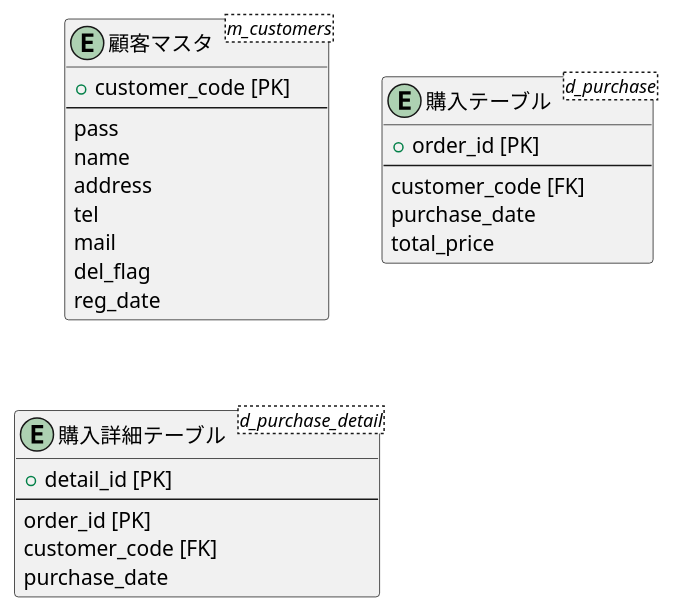
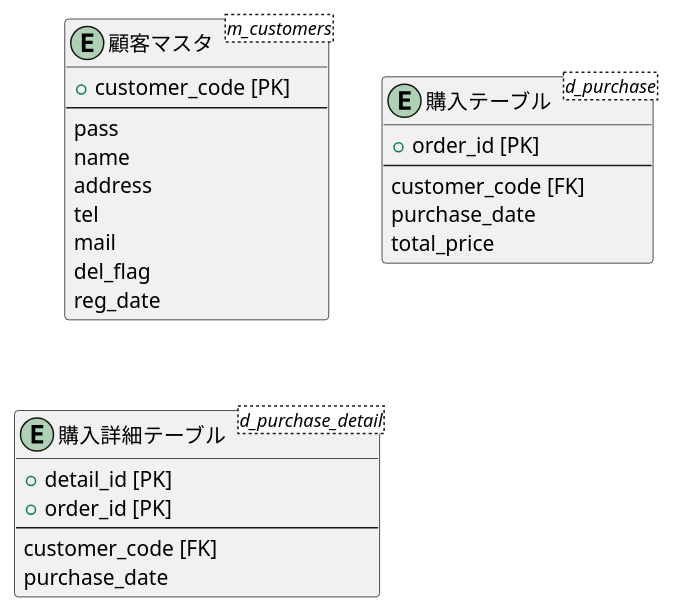
One commit to aso2001036/2021sys-design changed the diagram in db/original/ER.md. Above: the diagram before and after it, drawn with PlantUML.

````diff
--- a/db/original/ER.md
+++ b/db/original/ER.md
@@ -1,31 +1,31 @@
 ```puml
 @startuml
 entity "顧客マスタ" as customer <m_customers> {
 + customer_code [PK]
 --
 pass
 name
 address
 tel
 mail
 del_flag
 reg_date
 }
 
 entity "購入テーブル" as purchase <d_purchase> {
 + order_id [PK]
 --
 customer_code [FK]
 purchase_date
 total_price
 }
 
 entity "購入詳細テーブル" as purcher_detail <d_purchase_detail> {
 + detail_id [PK]
++ order_id [PK]
 --
-order_id [PK]
 customer_code [FK]
 purchase_date
 }
 @enduml
 ```
````
